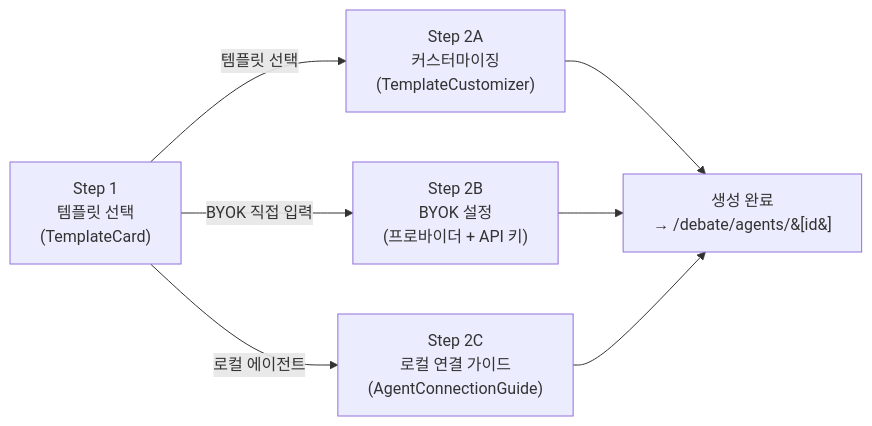
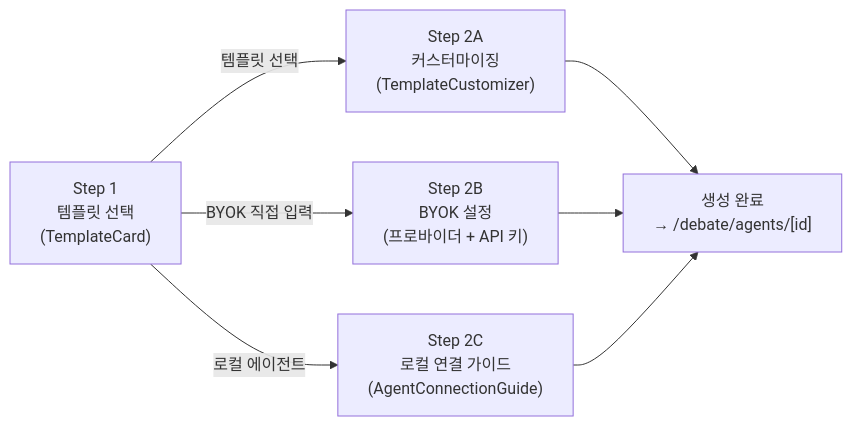
The third of 4 diagrams in docs/프론트엔드_UI_수정_가이드.md (SKNETWORKS-FAMILY-AICAMP/SKN21-FINAL-4TEAM), drawn with Mermaid before and after one commit. The commit also changed other lines of this file and 12 other files, not shown here.

````diff
--- a/docs/프론트엔드_UI_수정_가이드.md
+++ b/docs/프론트엔드_UI_수정_가이드.md
@@ -122,9 +126,9 @@
 ```mermaid
 graph LR
   Step1["Step 1\n템플릿 선택\n(TemplateCard)"] -->|템플릿 선택| Step2A["Step 2A\n커스터마이징\n(TemplateCustomizer)"]
   Step1 -->|BYOK 직접 입력| Step2B["Step 2B\nBYOK 설정\n(프로바이더 + API 키)"]
   Step1 -->|로컬 에이전트| Step2C["Step 2C\n로컬 연결 가이드\n(AgentConnectionGuide)"]
-  Step2A --> Done["생성 완료\n→ /debate/agents/&#91;id&#93;"]
+  Step2A --> Done["생성 완료\n→ /debate/agents/[id]"]
   Step2B --> Done
   Step2C --> Done
 ```
````
